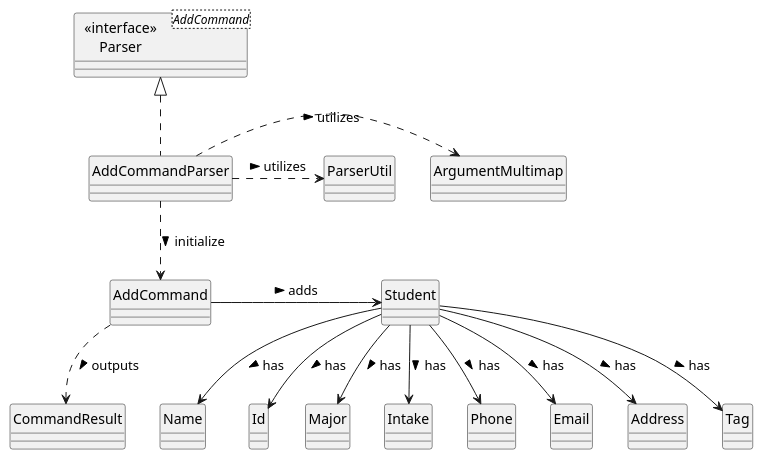
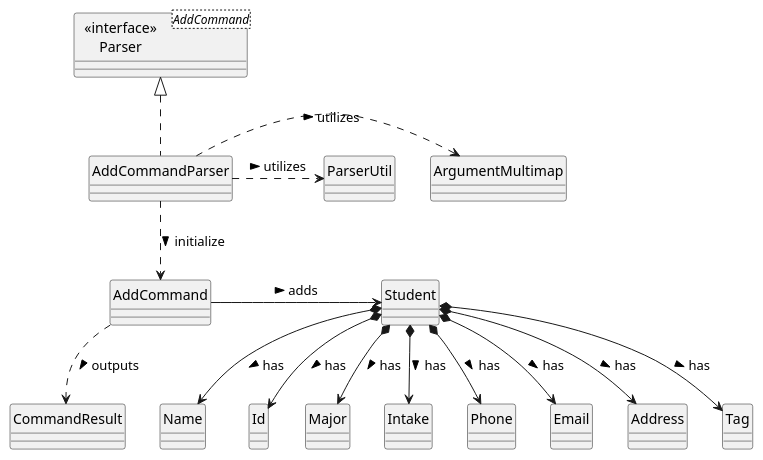
The diagram in docs/diagrams/add/AddClassDiagram.puml (Austintjh19/EduLink-NUS), drawn with PlantUML before and after one commit. The commit also changed 1 other file, not shown here.

```diff
--- a/docs/diagrams/add/AddClassDiagram.puml
+++ b/docs/diagrams/add/AddClassDiagram.puml
@@ -1,43 +1,43 @@
 @startuml
 hide circle
 skinparam classAttributeIconSize 0
 
 Class "  <<interface>>  \nParser" as Parser<AddCommand>
 Class AddCommandParser
 
 Class AddCommand
 Class CommandResult
 
 Class ArgumentMultimap
 Class ParserUtil
 
 Class Student
 Class Name
 Class Id
 Class Major
 Class Intake
 Class Phone
 Class Email
 Class Address
 Class Tag
 
 AddCommandParser .up.|> Parser
 
 AddCommandParser .down.> AddCommand: initialize >
 AddCommandParser .right.> ArgumentMultimap: utilizes >
 AddCommandParser .right.> ParserUtil: utilizes >
 
 AddCommand .down.> CommandResult: outputs >
 
 AddCommand -right-> Student: adds >
 
-Student -down-> Name: has >
-Student -down-> Id: has >
-Student -down-> Phone: has >
-Student -down-> Email: has >
-Student -down-> Address: has >
-Student -down-> Intake: has >
-Student -down-> Major: has >
-Student -down-> Tag: has >
+Student *-down-> Name: has >
+Student *-down-> Id: has >
+Student *-down-> Phone: has >
+Student *-down-> Email: has >
+Student *-down-> Address: has >
+Student *-down-> Intake: has >
+Student *-down-> Major: has >
+Student *-down-> Tag: has >
 
 @enduml
```
